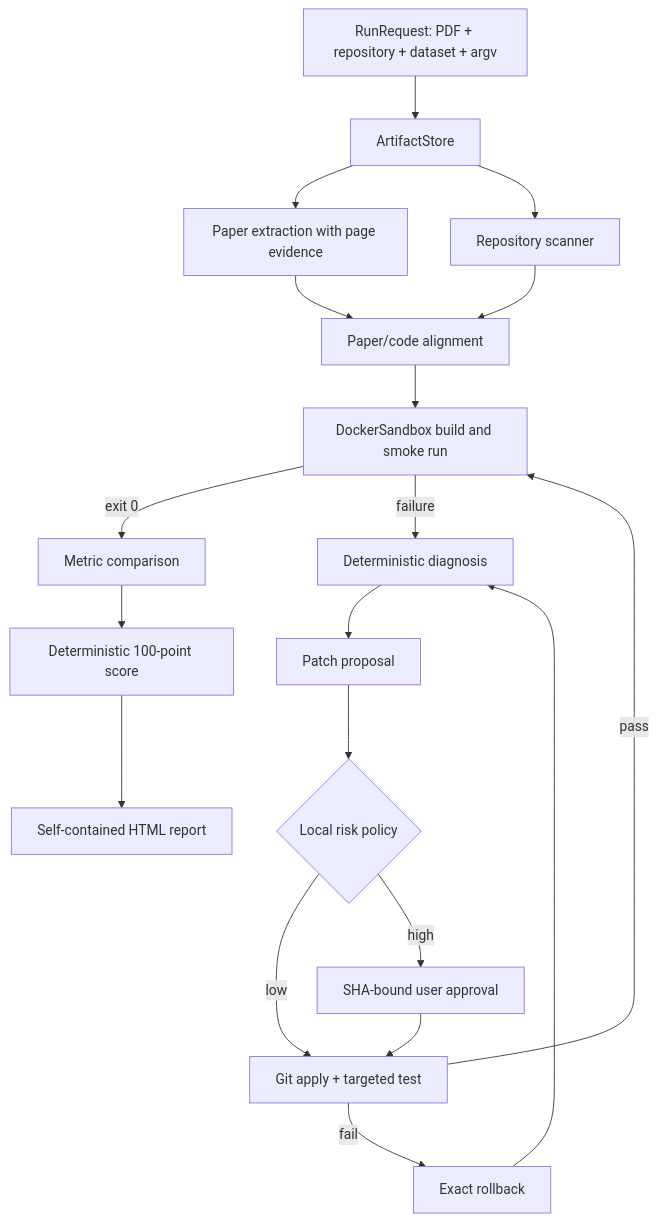
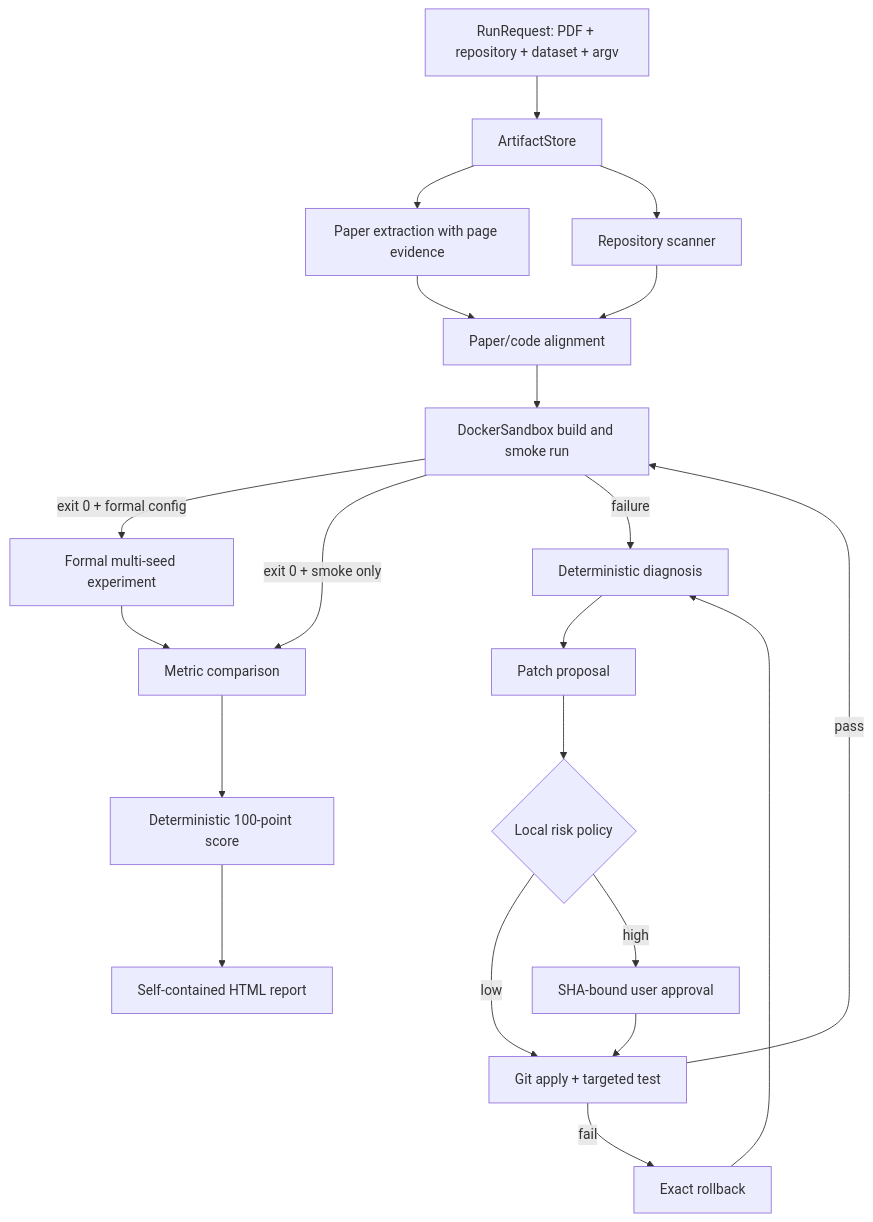
Before and after one commit to yihanx082-cmd/ReproPilot: the diagram in docs/architecture.md, drawn with Mermaid. The commit also changed other lines of this file and 19 other files, not shown here.

First line of the commit message:
Add evidence-backed multi-seed formal experiments (#2)

````diff
--- a/docs/architecture.md
+++ b/docs/architecture.md
@@ -7,21 +7,23 @@
 ```mermaid
 flowchart TD
     A["RunRequest: PDF + repository + dataset + argv"] --> B["ArtifactStore"]
     B --> C["Paper extraction with page evidence"]
     B --> D["Repository scanner"]
     C --> E["Paper/code alignment"]
     D --> E
     E --> F["DockerSandbox build and smoke run"]
-    F -->|"exit 0"| K["Metric comparison"]
+    F -->|"exit 0 + formal config"| Q["Formal multi-seed experiment"]
+    F -->|"exit 0 + smoke only"| K["Metric comparison"]
+    Q --> K
     F -->|"failure"| G["Deterministic diagnosis"]
     G --> H["Patch proposal"]
     H --> I{"Local risk policy"}
     I -->|"low"| J["Git apply + targeted test"]
     I -->|"high"| P["SHA-bound user approval"]
     P --> J
     J -->|"pass"| F
     J -->|"fail"| R["Exact rollback"]
     R --> G
     K --> L["Deterministic 100-point score"]
     L --> M["Self-contained HTML report"]
 ```
````
